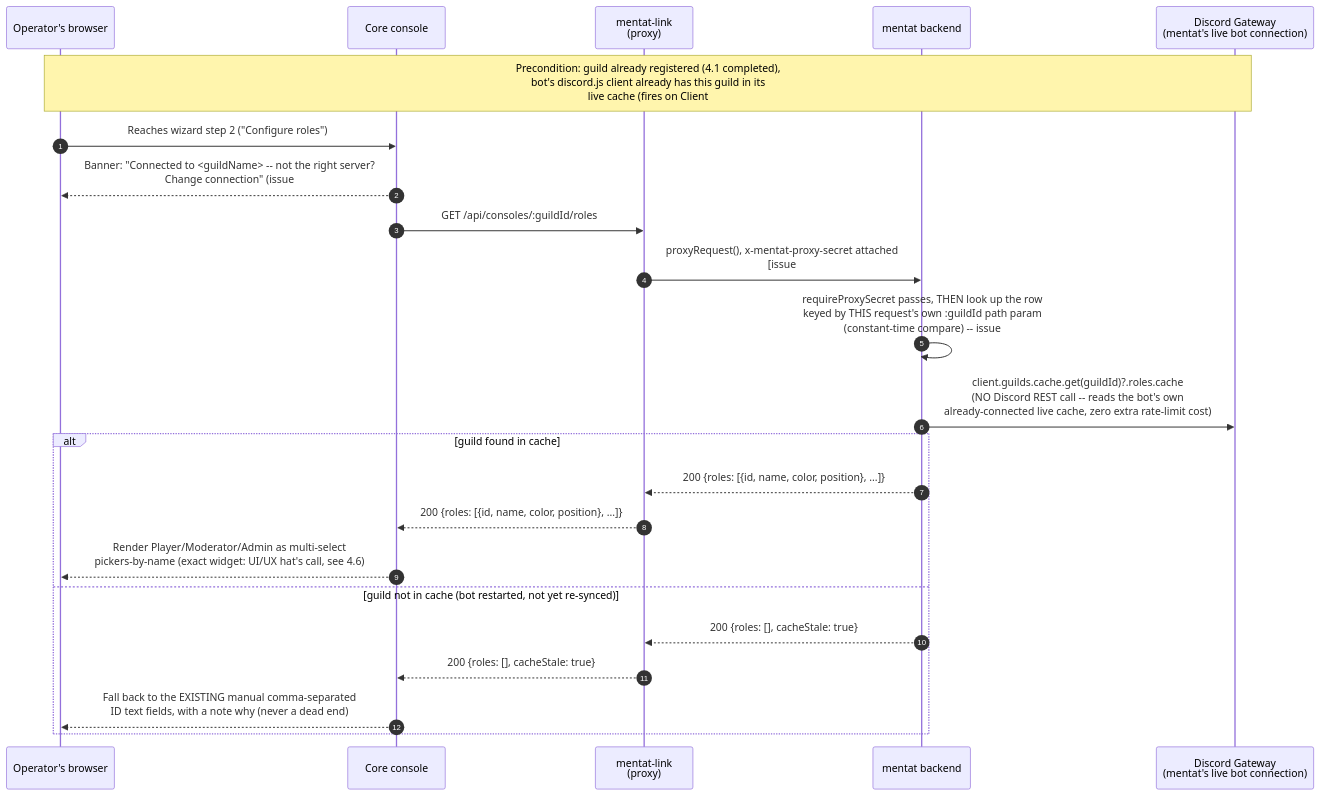
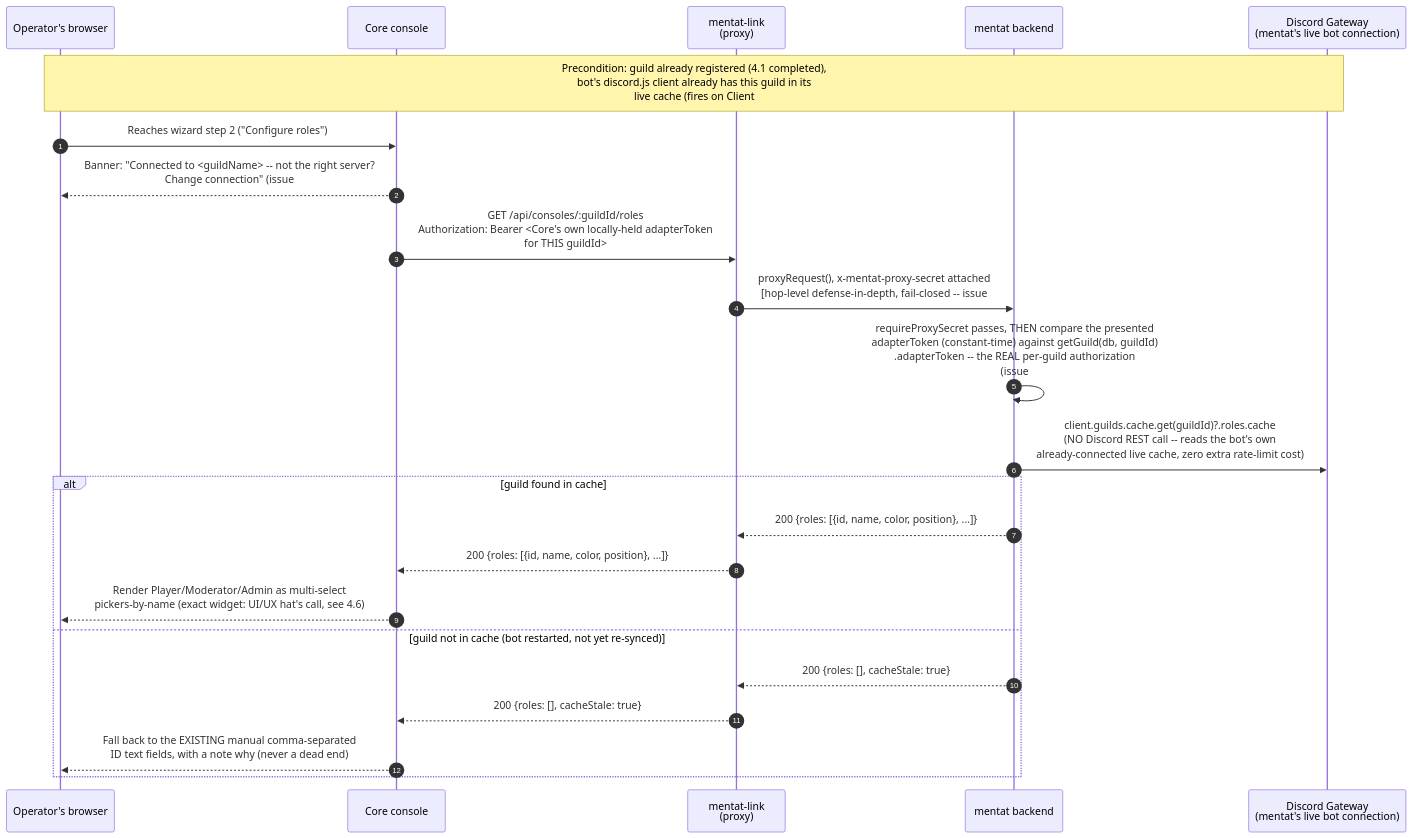
The third of 3 diagrams in docs/design/hosted-bot-auto-invite-and-role-picker-l1-design-2026-09-10.md (Project-Arrakis/dune-awakening-selfhost-docker), drawn with Mermaid before and after one commit. The commit also changed other lines of this file, not shown here.

````diff
--- a/docs/design/hosted-bot-auto-invite-and-role-picker-l1-design-2026-09-10.md
+++ b/docs/design/hosted-bot-auto-invite-and-role-picker-l1-design-2026-09-10.md
@@ -207,27 +246,27 @@
 ```mermaid
 sequenceDiagram
     autonumber
     participant Op as Operator's browser
     participant Core as Core console
     participant ML as mentat-link<br/>(proxy)
     participant M as mentat backend
     participant DGW as Discord Gateway<br/>(mentat's live bot connection)
 
     Note over Op,DGW: Precondition: guild already registered (4.1 completed),<br/>bot's discord.js client already has this guild in its<br/>live cache (fires on Client#guildCreate / already connected)
 
     Op->>Core: Reaches wizard step 2 ("Configure roles")
     Core-->>Op: Banner: "Connected to <guildName> -- not the right server?<br/>Change connection" (issue #838 -- explicit confirm/undo,<br/>not just a picker assumed correct)
-    Core->>ML: GET /api/consoles/:guildId/roles
-    ML->>M: proxyRequest(), x-mentat-proxy-secret attached<br/>[issue #839 H1 fix -- NOT the adapter token, which is a<br/>credential established for the OPPOSITE direction<br/>(mentat proving itself to Core), not this one]
-    M->>M: requireProxySecret passes, THEN look up the row<br/>keyed by THIS request's own :guildId path param<br/>(constant-time compare) -- issue #839 H2 fix, prevents<br/>enumerating other guilds' role names via a valid credential
+    Core->>ML: GET /api/consoles/:guildId/roles<br/>Authorization: Bearer <Core's own locally-held adapterToken<br/>for THIS guildId>
+    ML->>M: proxyRequest(), x-mentat-proxy-secret attached<br/>[hop-level defense-in-depth, fail-closed -- issue #844]
+    M->>M: requireProxySecret passes, THEN compare the presented<br/>adapterToken (constant-time) against getGuild(db, guildId)<br/>.adapterToken -- the REAL per-guild authorization<br/>(issue #839 re-fix) -- reject if either check fails
     M->>DGW: client.guilds.cache.get(guildId)?.roles.cache<br/>(NO Discord REST call -- reads the bot's own<br/>already-connected live cache, zero extra rate-limit cost)
     alt guild found in cache
         M-->>ML: 200 {roles: [{id, name, color, position}, ...]}
         ML-->>Core: 200 {roles: [{id, name, color, position}, ...]}
         Core-->>Op: Render Player/Moderator/Admin as multi-select<br/>pickers-by-name (exact widget: UI/UX hat's call, see 4.6)
     else guild not in cache (bot restarted, not yet re-synced)
         M-->>ML: 200 {roles: [], cacheStale: true}
         ML-->>Core: 200 {roles: [], cacheStale: true}
         Core-->>Op: Fall back to the EXISTING manual comma-separated<br/>ID text fields, with a note why (never a dead end)
     end
 ```
````
